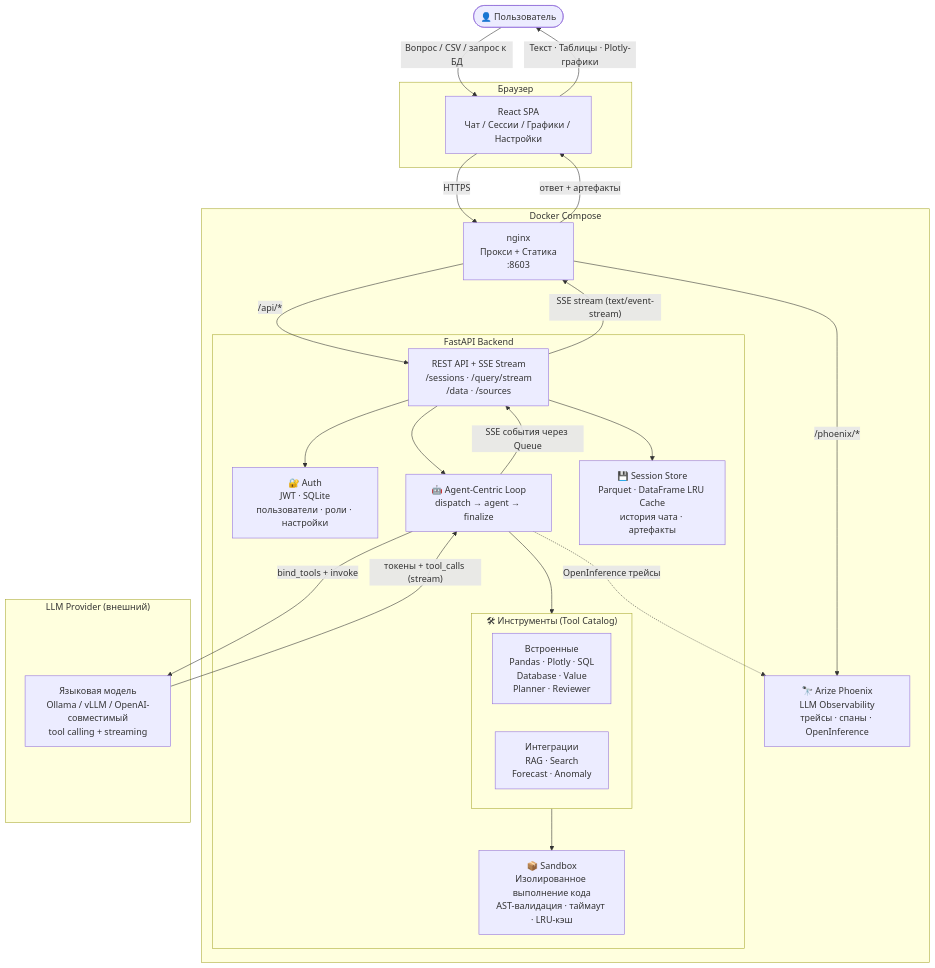
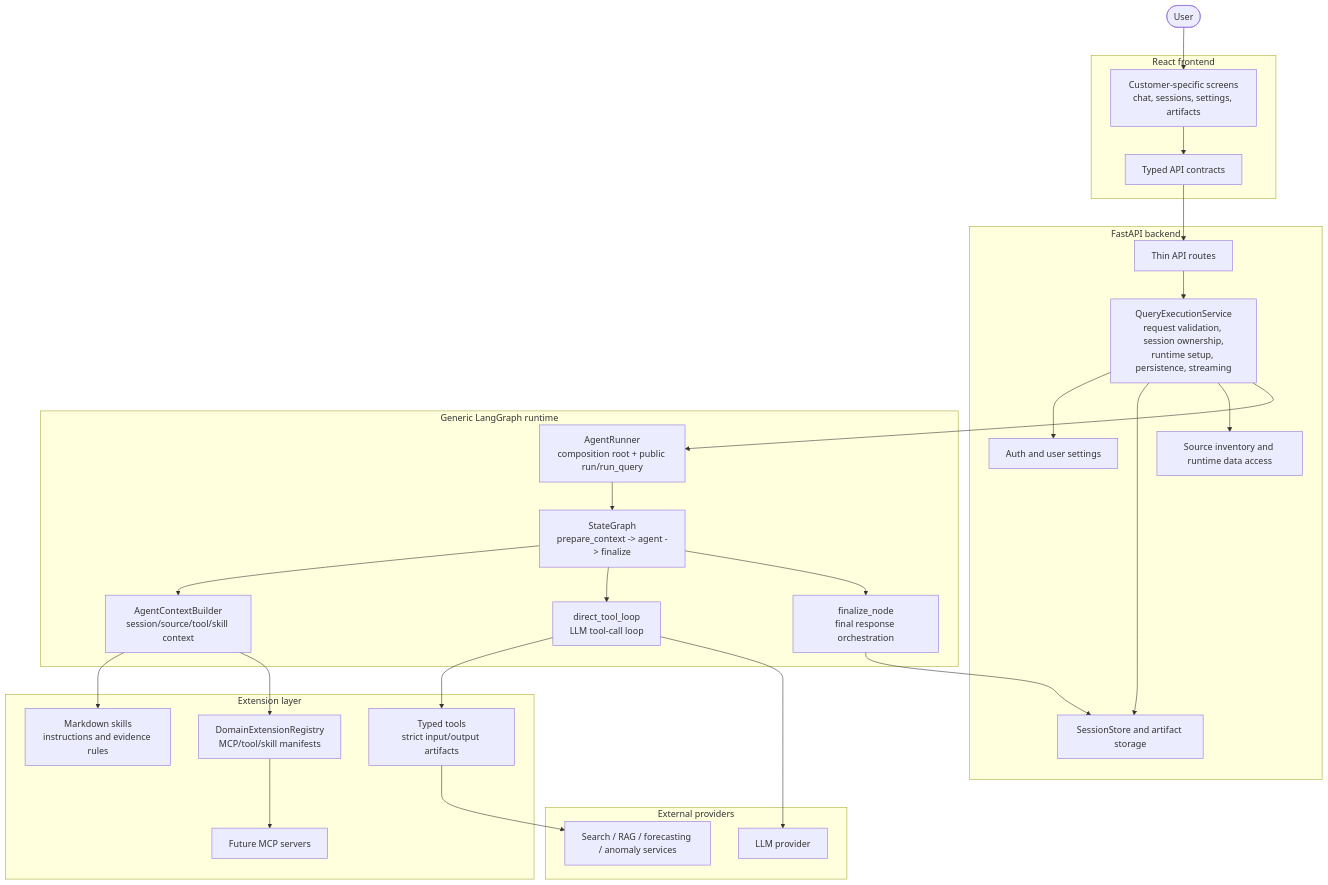
The diagram in docs/diagram_01_architecture.md (dimkablin/llm-data-analyst), drawn with Mermaid before and after one commit. The commit also changed other lines of this file and 451 other files, not shown here.

````diff
--- a/docs/diagram_01_architecture.md
+++ b/docs/diagram_01_architecture.md
@@ -5,49 +8,57 @@
 ```mermaid
-graph TD
-    User(["👤 Пользователь"])
+flowchart TD
+    User([User])
 
-    subgraph Browser["Браузер"]
-        UI["React SPA\nЧат / Сессии / Графики / Настройки"]
+    subgraph Frontend["React frontend"]
+        UI["Customer-specific screens\nchat, sessions, settings, artifacts"]
+        Contracts["Typed API contracts"]
     end
 
-    subgraph Docker["Docker Compose"]
-        Nginx["nginx\nПрокси + Статика\n:8603"]
-
-        subgraph Backend["FastAPI Backend"]
-            Auth["🔐 Auth\nJWT · SQLite\nпользователи · роли · настройки"]
-            API["REST API + SSE Stream\n/sessions · /query/stream\n/data · /sources"]
-            Agent["🤖 Agent-Centric Loop\ndispatch → agent → finalize"]
-
-            subgraph Tools["🛠 Инструменты (Tool Catalog)"]
-                BuiltIn["Встроенные\nPandas · Plotly · SQL\nDatabase · Value\nPlanner · Reviewer"]
-                Integrations["Интеграции\nRAG · Search\nForecast · Anomaly"]
-            end
-
-            Sandbox["📦 Sandbox\nИзолированное выполнение кода\nAST-валидация · таймаут · LRU-кэш"]
-            Sessions["💾 Session Store\nParquet · DataFrame LRU Cache\nистория чата · артефакты"]
-        end
-
-        Phoenix["🔭 Arize Phoenix\nLLM Observability\nтрейсы · спаны · OpenInference"]
+    subgraph Backend["FastAPI backend"]
+        Routes["Thin API routes"]
+        QueryService["QueryExecutionService\nrequest validation, session ownership,\nruntime setup, persistence, streaming"]
+        Auth["Auth and user settings"]
+        Sessions["SessionStore and artifact storage"]
+        Sources["Source inventory and runtime data access"]
     end
 
-    subgraph LLM["LLM Provider (внешний)"]
-        Model["Языковая модель\nOllama / vLLM / OpenAI-совместимый\ntool calling + streaming"]
+    subgraph AgentRuntime["Generic LangGraph runtime"]
+        Runner["AgentRunner\ncomposition root + public run/run_query"]
+        Graph["StateGraph\nprepare_context -> agent -> finalize"]
+        Context["AgentContextBuilder\nsession/source/tool/skill context"]
+        ToolLoop["direct_tool_loop\nLLM tool-call loop"]
+        Finalize["finalize_node\nfinal response orchestration"]
     end
 
-    User -->|"Вопрос / CSV / запрос к БД"| UI
-    UI -->|"HTTPS"| Nginx
-    Nginx -->|"/api/*"| API
-    Nginx -->|"/phoenix/*"| Phoenix
-    API --> Auth
-    API --> Sessions
-    API --> Agent
-    Agent -->|"bind_tools + invoke"| Model
-    Model -->|"токены + tool_calls (stream)"| Agent
-    Agent --> Tools
-    Tools --> Sandbox
-    Agent -->|"SSE события через Queue"| API
-    API -->|"SSE stream (text/event-stream)"| Nginx
-    Nginx -->|"ответ + артефакты"| UI
-    UI -->|"Текст · Таблицы · Plotly-графики"| User
-    Agent -.->|"OpenInference трейсы"| Phoenix
+    subgraph Extensions["Extension layer"]
+        Skills["Markdown skills\ninstructions and evidence rules"]
+        Tools["Typed tools\nstrict input/output artifacts"]
+        DomainRegistry["DomainExtensionRegistry\nMCP/tool/skill manifests"]
+        MCP["Future MCP servers"]
+    end
+
+    subgraph Providers["External providers"]
+        LLM["LLM provider"]
+        Search["Search / RAG / forecasting / anomaly services"]
+    end
+
+    User --> UI
+    UI --> Contracts
+    Contracts --> Routes
+    Routes --> QueryService
+    QueryService --> Auth
+    QueryService --> Sessions
+    QueryService --> Sources
+    QueryService --> Runner
+    Runner --> Graph
+    Graph --> Context
+    Graph --> ToolLoop
+    Graph --> Finalize
+    Context --> Skills
+    Context --> DomainRegistry
+    ToolLoop --> Tools
+    Tools --> Search
+    ToolLoop --> LLM
+    Finalize --> Sessions
+    DomainRegistry --> MCP
 ```
````
